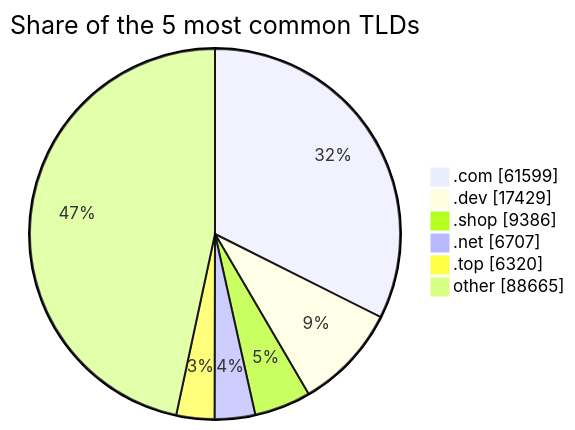
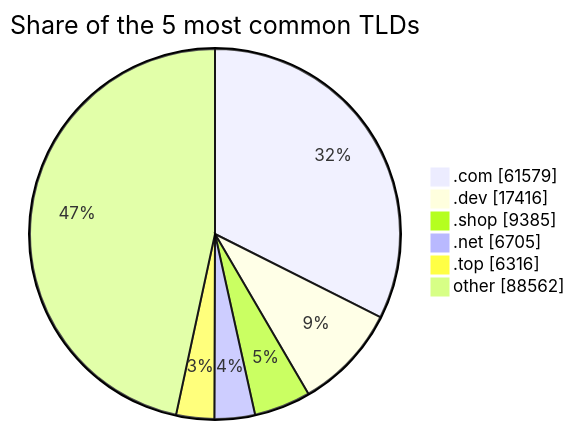
Before and after one commit to DNSBunker/CTI: the third of 3 diagrams in README.md, drawn with Mermaid. The commit also changed other lines of this file and 3 other files, not shown here.

````diff
--- a/README.md
+++ b/README.md
@@ -81,9 +81,9 @@
 ```mermaid
 pie showData title Share of the 5 most common TLDs
-    ".com" : 61599
-    ".dev" : 17429
-    ".shop" : 9386
-    ".net" : 6707
-    ".top" : 6320
-    "other" : 88665
+    ".com" : 61579
+    ".dev" : 17416
+    ".shop" : 9385
+    ".net" : 6705
+    ".top" : 6316
+    "other" : 88562
 ```
````
